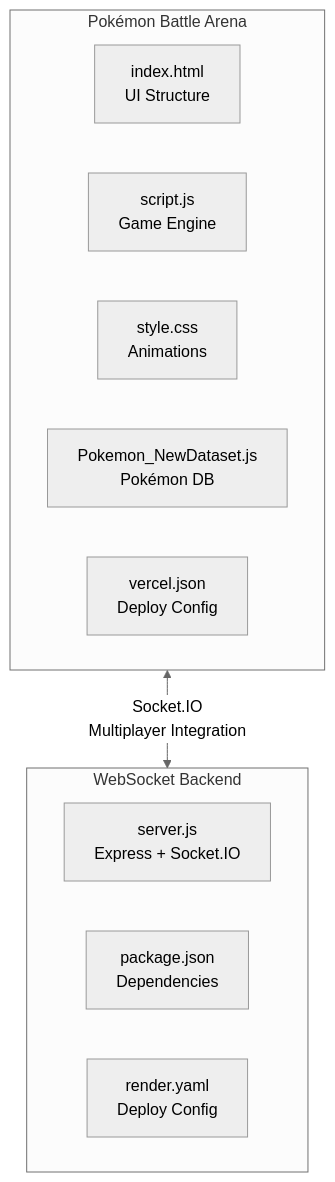
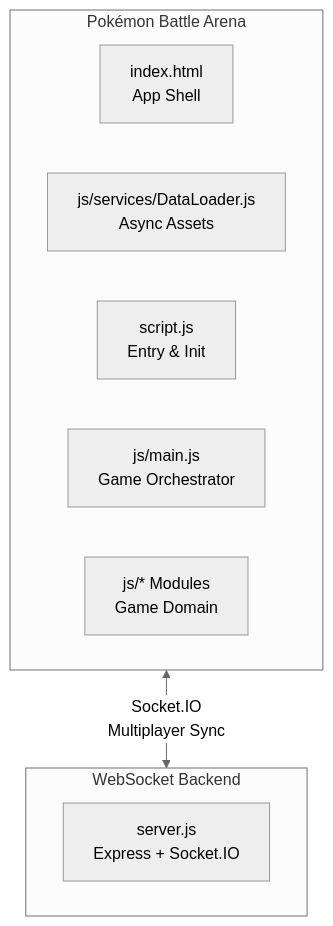
Before and after one commit to Sapeksh2001/pokemon-battle-arena: the first of 2 diagrams in README.md, drawn with Mermaid (neutral theme). The commit also changed other lines of this file, not shown here.

Commit message:
docs: Update README with new architecture and file layout

````diff
--- a/README.md
+++ b/README.md
@@ -25,18 +25,16 @@
 ```mermaid
 graph TD
     subgraph Frontend ["Pokémon Battle Arena"]
-        A[index.html<br/>UI Structure]
-        B[script.js<br/>Game Engine]
-        C[style.css<br/>Animations]
-        D[Pokemon_NewDataset.js<br/>Pokémon DB]
-        E[vercel.json<br/>Deploy Config]
+        A[index.html<br/>App Shell]
+        B[js/services/DataLoader.js<br/>Async Assets]
+        C[script.js<br/>Entry & Init]
+        D[js/main.js<br/>Game Orchestrator]
+        E[js/* Modules<br/>Game Domain]
     end
 
     subgraph Backend ["WebSocket Backend"]
         F[server.js<br/>Express + Socket.IO]
-        G[package.json<br/>Dependencies]
-        H[render.yaml<br/>Deploy Config]
     end
 
-    Frontend <-->|Socket.IO<br/>Multiplayer Integration| Backend
+    Frontend <-->|Socket.IO<br/>Multiplayer Sync| Backend
 ```
````
